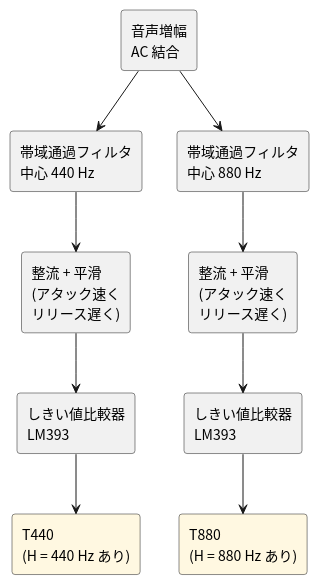
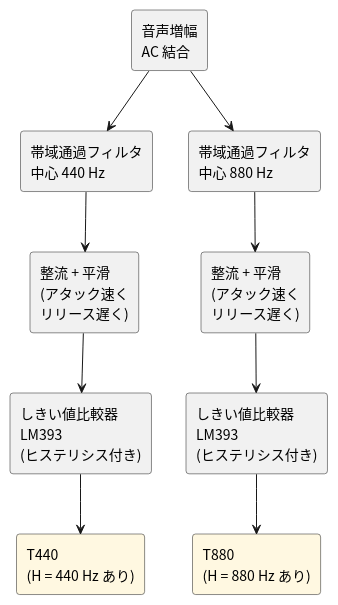
One commit to tommie-jp/tommie-circuit-workbook changed the diagram in 05-etc/02-radio-clock/03-detect.md. Above: the diagram before and after it, drawn with PlantUML. The commit also changed other lines of this file and 5 other files, not shown here.

First line of the commit message:
docs: 05-etc 第 2 章 中波ラジオ時計を書き足し、ブレッドボードに加えて基板 (PF) の図も載せる

````diff
--- a/05-etc/02-radio-clock/03-detect.md
+++ b/05-etc/02-radio-clock/03-detect.md
@@ -18,29 +21,29 @@
 ```plantuml
 @startuml
 top to bottom direction
 skinparam shadowing false
 skinparam defaultFontName "Noto Sans CJK JP"
 skinparam rectangle {
   RoundCorner 6
 }
 
 rectangle "音声増幅\nAC 結合" as AF
 rectangle "帯域通過フィルタ\n中心 440 Hz" as BPF4
 rectangle "帯域通過フィルタ\n中心 880 Hz" as BPF8
 rectangle "整流 + 平滑\n(アタック速く\nリリース遅く)" as ENV4
 rectangle "整流 + 平滑\n(アタック速く\nリリース遅く)" as ENV8
-rectangle "しきい値比較器\nLM393" as CMP4
-rectangle "しきい値比較器\nLM393" as CMP8
+rectangle "しきい値比較器\nLM393\n(ヒステリシス付き)" as CMP4
+rectangle "しきい値比較器\nLM393\n(ヒステリシス付き)" as CMP8
 rectangle "T440\n(H = 440 Hz あり)" as T4 #FFF8E1
 rectangle "T880\n(H = 880 Hz あり)" as T8 #FFF8E1
 
 AF --> BPF4
 AF --> BPF8
 BPF4 --> ENV4
 BPF8 --> ENV8
 ENV4 --> CMP4
 ENV8 --> CMP8
 CMP4 --> T4
 CMP8 --> T8
 @enduml
 ```
````
